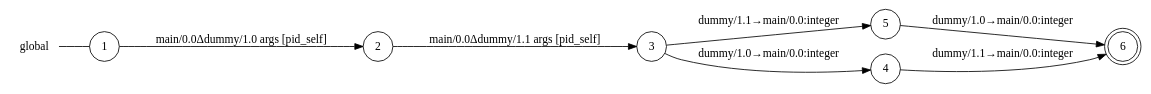
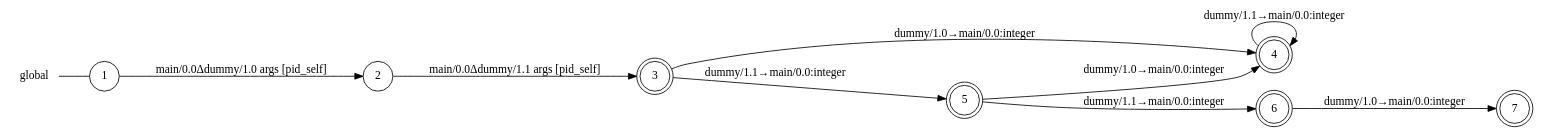
The diagram in examples/for-loop-recursion/main_0_global_view.dot (gabrielegenovese/chorer), drawn with Graphviz before and after one commit. The commit also changed 95 other files, not shown here.

Commit message:
tiny refactor db and settings module created minimize done only on graph saving globalview  now supports epsilon transitions

```diff
--- a/examples/for-loop-recursion/main_0_global_view.dot
+++ b/examples/for-loop-recursion/main_0_global_view.dot
@@ -1,18 +1,21 @@
 digraph global {
 	rankdir="LR";
 	n_0 [label="global", shape="plaintext"];
-	n_1 [id="5", shape=circle, label="5"];
-	n_2 [id="6", shape=doublecircle, label="6"];
-	n_3 [id="1", shape=circle, label="1"];
-	n_0 -> n_3 [arrowhead=none];
-	n_4 [id="2", shape=circle, label="2"];
-	n_5 [id="4", shape=circle, label="4"];
-	n_6 [id="3", shape=circle, label="3"];
+	n_1 [id="1", shape=circle, label="1"];
+	n_0 -> n_1 [arrowhead=none];
+	n_2 [id="7", shape=doublecircle, label="7"];
+	n_3 [id="4", shape=doublecircle, label="4"];
+	n_4 [id="6", shape=doublecircle, label="6"];
+	n_5 [id="3", shape=doublecircle, label="3"];
+	n_6 [id="2", shape=circle, label="2"];
+	n_7 [id="5", shape=doublecircle, label="5"];
 
-	n_6 -> n_1 [id="[$e|3]", label="dummy/1.1→main/0.0:integer"];
-	n_6 -> n_5 [id="[$e|2]", label="dummy/1.0→main/0.0:integer"];
-	n_1 -> n_2 [id="[$e|5]", label="dummy/1.0→main/0.0:integer"];
-	n_4 -> n_6 [id="[$e|1]", label="main/0.0Δdummy/1.1 args [pid_self]"];
-	n_5 -> n_2 [id="[$e|4]", label="dummy/1.1→main/0.0:integer"];
-	n_3 -> n_4 [id="[$e|0]", label="main/0.0Δdummy/1.0 args [pid_self]"];
+	n_6 -> n_5 [id="[$e|1]", label="main/0.0Δdummy/1.1 args [pid_self]"];
+	n_7 -> n_4 [id="[$e|6]", label="dummy/1.1→main/0.0:integer"];
+	n_7 -> n_3 [id="[$e|5]", label="dummy/1.0→main/0.0:integer"];
+	n_5 -> n_3 [id="[$e|2]", label="dummy/1.0→main/0.0:integer"];
+	n_4 -> n_2 [id="[$e|7]", label="dummy/1.0→main/0.0:integer"];
+	n_1 -> n_6 [id="[$e|0]", label="main/0.0Δdummy/1.0 args [pid_self]"];
+	n_3 -> n_3 [id="[$e|4]", label="dummy/1.1→main/0.0:integer"];
+	n_5 -> n_7 [id="[$e|3]", label="dummy/1.1→main/0.0:integer"];
 }
```
